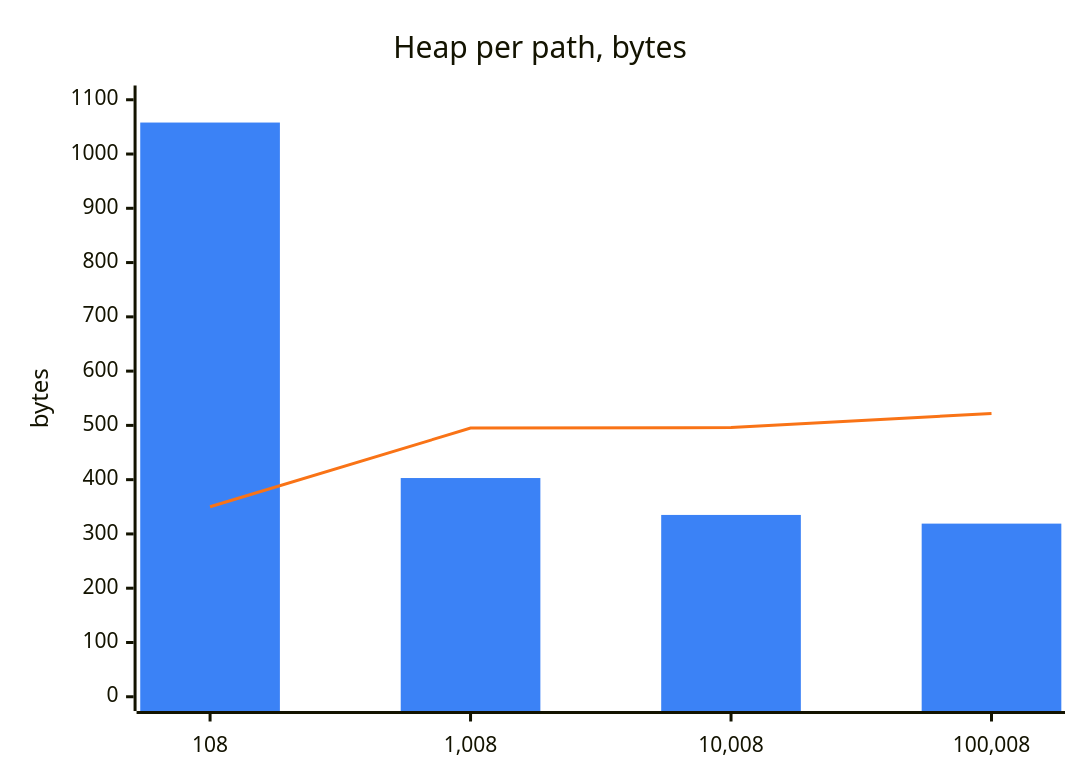
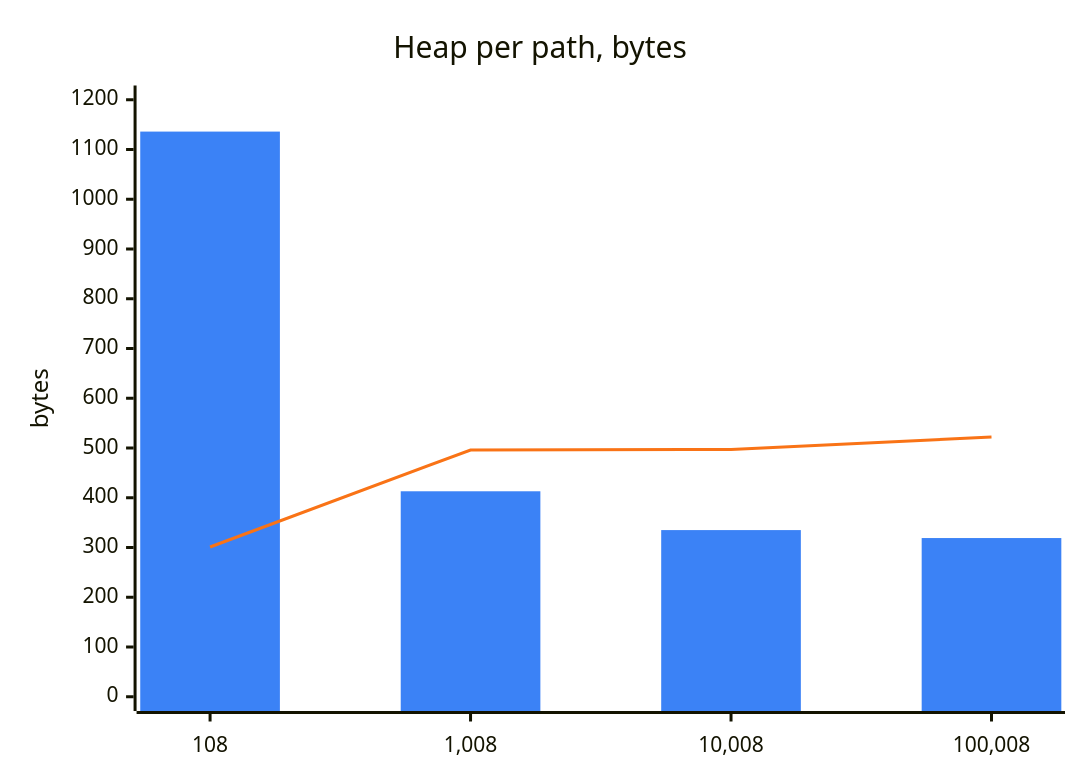
Before and after one commit to DyHex/POMWright: the fourth of 4 diagrams in website/src/content/docs/internal/performance.md, drawn with Mermaid. The commit also changed other lines of this file, not shown here.

````diff
--- a/website/src/content/docs/internal/performance.md
+++ b/website/src/content/docs/internal/performance.md
@@ -118,9 +118,9 @@
 ```mermaid
 %%{init: {"themeVariables": {"xyChart": {"plotColorPalette": "#3b82f6, #f97316"}}}}%%
 xychart-beta
   title "Heap per path, bytes"
   x-axis ["108", "1,008", "10,008", "100,008"]
-  y-axis "bytes" 0 --> 1100
-  bar [1058, 403, 335, 319]
-  line [350, 495, 496, 522]
+  y-axis "bytes" 0 --> 1200
+  bar [1136, 413, 335, 319]
+  line [301, 496, 497, 522]
 ```
````
